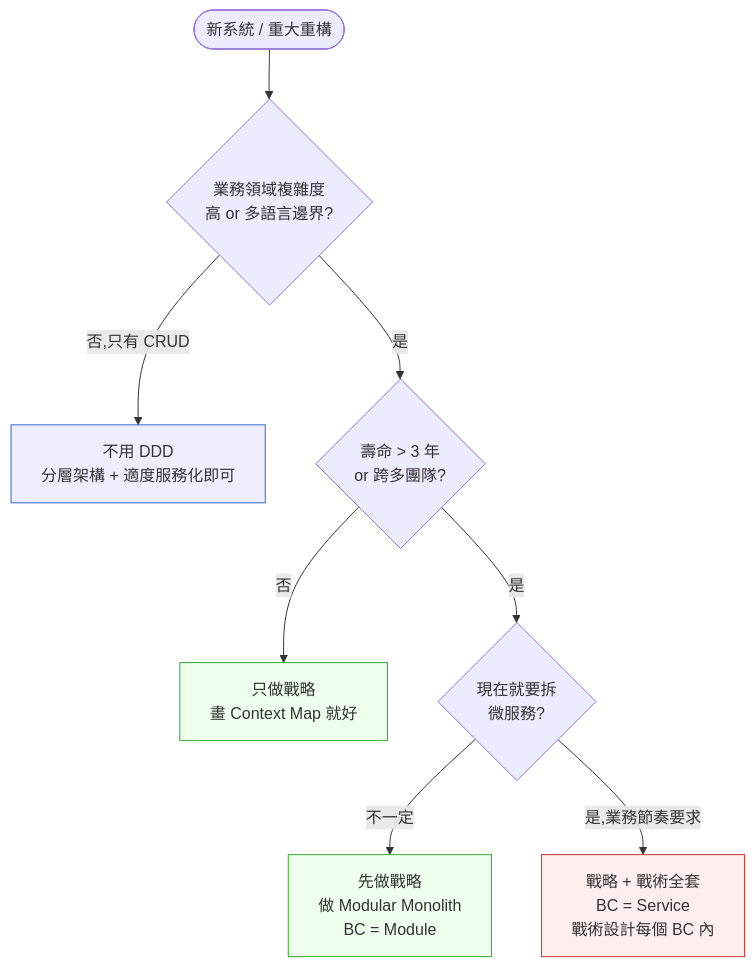
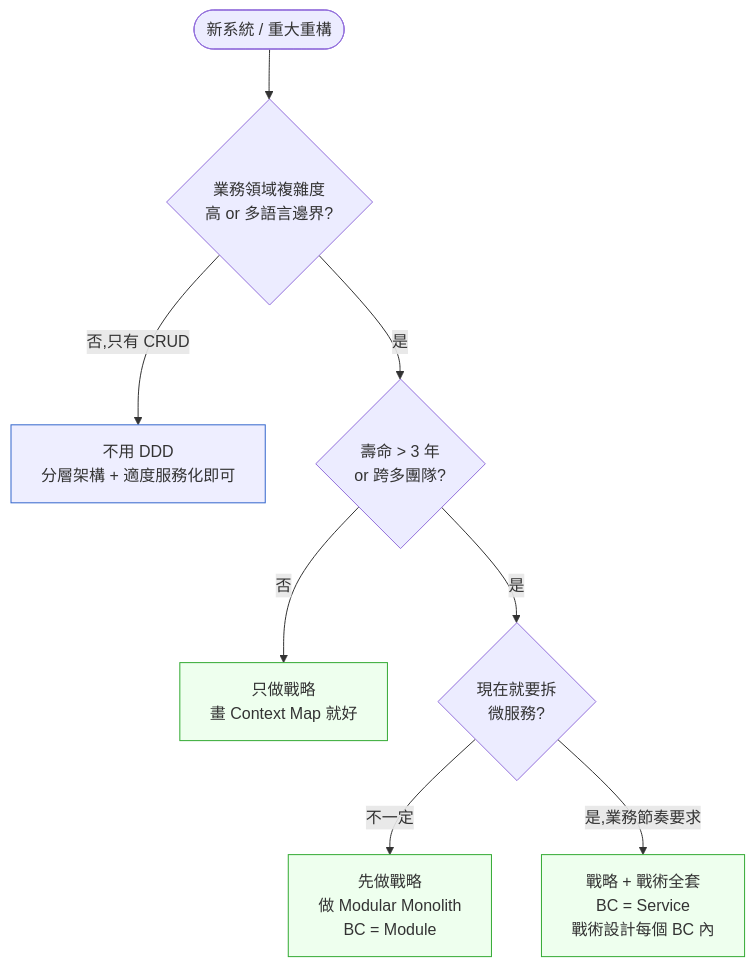
Before and after one commit to EddyKuo/sa-sd-playbook: the third of 3 diagrams in book/part-04-architecture/ch-18-ddd-strategic-tactical.md, drawn with Mermaid. The commit also changed other lines of this file and 26 other files, not shown here.

````diff
--- a/book/part-04-architecture/ch-18-ddd-strategic-tactical.md
+++ b/book/part-04-architecture/ch-18-ddd-strategic-tactical.md
@@ -298,19 +298,18 @@
 ```mermaid
 flowchart TD
     Start([新系統 / 重大重構]) --> Q1{業務領域複雜度<br/>高 or 多語言邊界?}
     Q1 -->|否,只有 CRUD| Skip[不用 DDD<br/>分層架構 + 適度服務化即可]
     Q1 -->|是| Q2{壽命 > 3 年<br/>or 跨多團隊?}
 
     Q2 -->|否| Light[只做戰略<br/>畫 Context Map 就好]
     Q2 -->|是| Q3{現在就要拆<br/>微服務?}
 
     Q3 -->|不一定| Strat[先做戰略<br/>做 Modular Monolith<br/>BC = Module]
     Q3 -->|是,業務節奏要求| Full[戰略 + 戰術全套<br/>BC = Service<br/>戰術設計每個 BC 內]
 
     classDef hot fill:#fee,stroke:#c33
     classDef cold fill:#eef,stroke:#36c
     classDef goal fill:#efe,stroke:#3a3
     class Skip cold
-    class Light,Strat goal
-    class Full hot
+    class Light,Strat,Full goal
 ```
````
